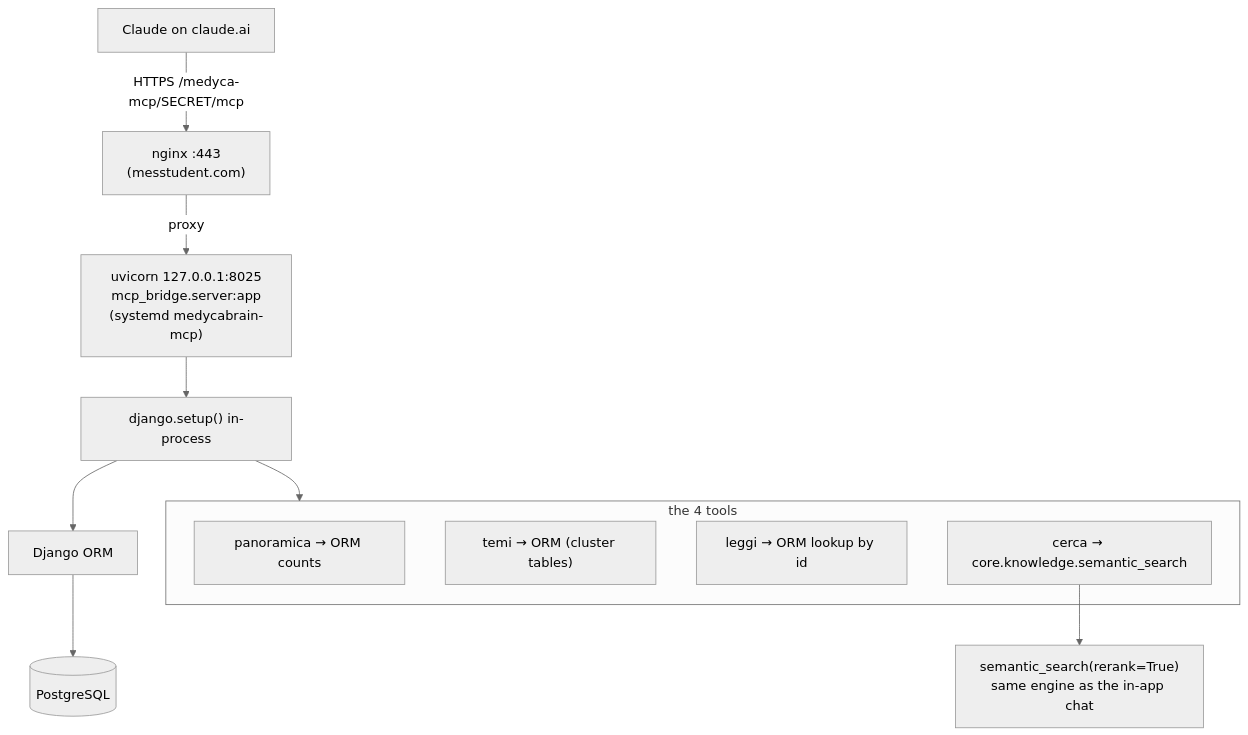
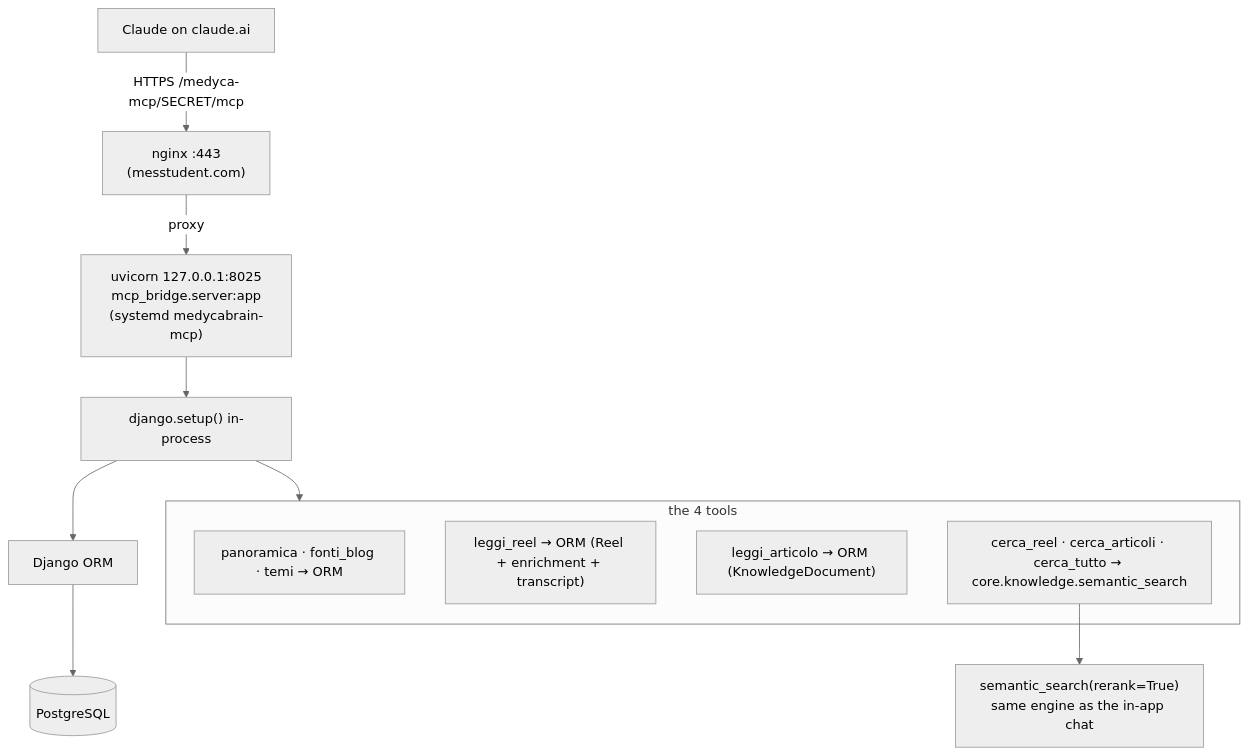
One commit to Giuseppescaffid1/medycabrain changed the diagram in documentation/low-level/04-mcp-connector.md. Above: the diagram before and after it, drawn with Mermaid (neutral theme). The commit also changed other lines of this file and 34 other files, not shown here.

````diff
--- a/documentation/low-level/04-mcp-connector.md
+++ b/documentation/low-level/04-mcp-connector.md
@@ -25,16 +38,16 @@
 ```mermaid
 flowchart TD
     Claude["Claude on claude.ai"] -->|"HTTPS /medyca-mcp/SECRET/mcp"| NG["nginx :443<br/>(messtudent.com)"]
     NG -->|"proxy"| U["uvicorn 127.0.0.1:8025<br/>mcp_bridge.server:app<br/>(systemd medycabrain-mcp)"]
     U --> DJ["django.setup() in-process"]
     DJ --> ORM["Django ORM"]
     ORM --> PG[("PostgreSQL")]
     subgraph tools["the 4 tools"]
-        t1["panoramica → ORM counts"]
-        t2["temi → ORM (cluster tables)"]
-        t3["leggi → ORM lookup by id"]
-        t4["cerca → core.knowledge.semantic_search"]
+        t1["panoramica · fonti_blog · temi → ORM"]
+        t2["leggi_reel → ORM (Reel + enrichment + transcript)"]
+        t3["leggi_articolo → ORM (KnowledgeDocument)"]
+        t4["cerca_reel · cerca_articoli · cerca_tutto → core.knowledge.semantic_search"]
     end
     DJ --> tools
     t4 --> KN["semantic_search(rerank=True)<br/>same engine as the in-app chat"]
 ```
````
